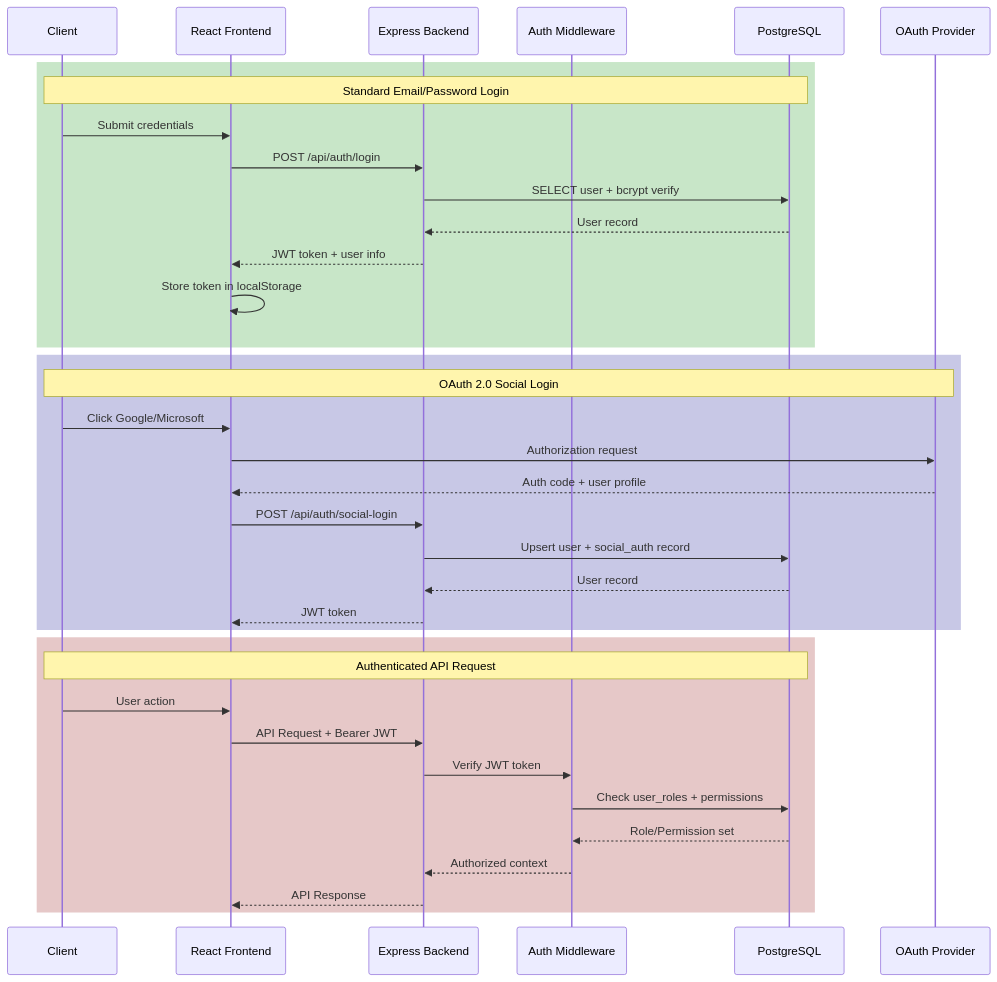
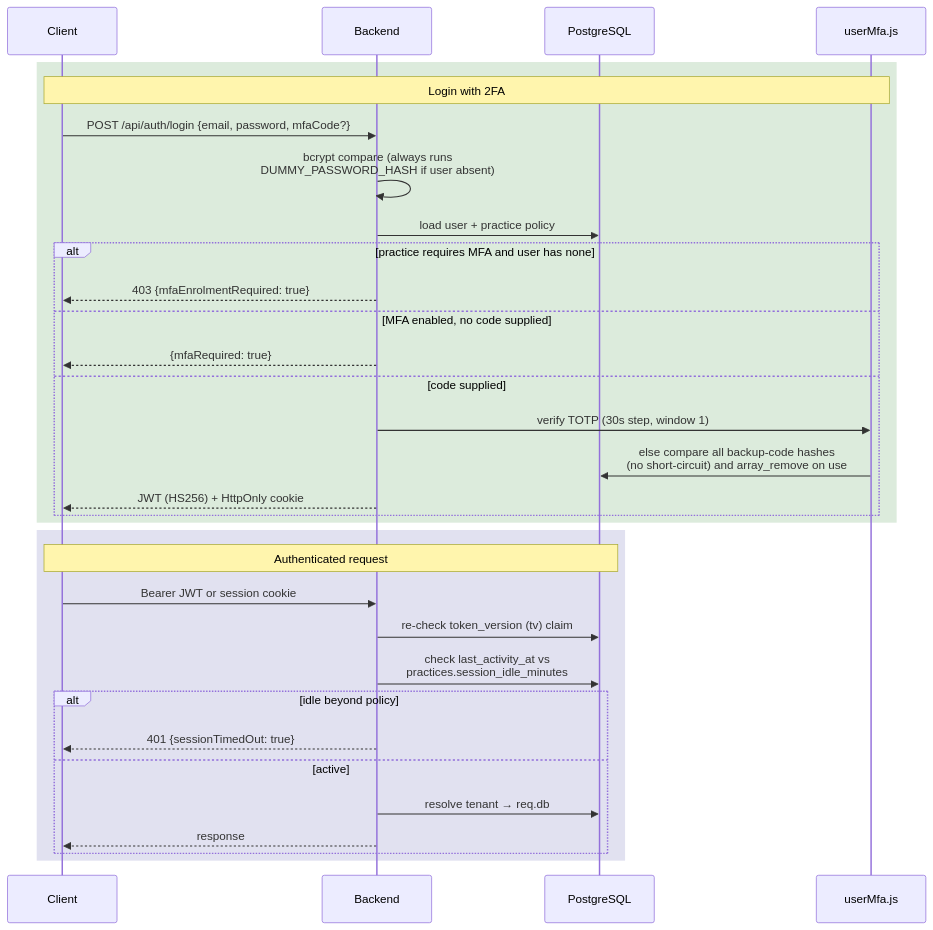
The ninth of 19 diagrams in ARCHITECTURE_DIAGRAM.md (rajbizchannels/AureonCare), drawn with Mermaid before and after one commit. The commit also changed other lines of this file, not shown here.

First line of the commit message:
Update the architecture diagram to match the code as it stands

````diff
--- a/ARCHITECTURE_DIAGRAM.md
+++ b/ARCHITECTURE_DIAGRAM.md
@@ -420,41 +401,36 @@
 ```mermaid
 sequenceDiagram
     participant C as Client
-    participant FE as React Frontend
-    participant BE as Express Backend
-    participant AUTH as Auth Middleware
+    participant BE as Backend
     participant DB as PostgreSQL
-    participant OAUTH as OAuth Provider
+    participant MFA as userMfa.js
 
-    rect rgb(200, 230, 200)
-        Note over C,DB: Standard Email/Password Login
-        C->>FE: Submit credentials
-        FE->>BE: POST /api/auth/login
-        BE->>DB: SELECT user + bcrypt verify
-        DB-->>BE: User record
-        BE-->>FE: JWT token + user info
-        FE->>FE: Store token in localStorage
+    rect rgb(220, 235, 220)
+        Note over C,MFA: Login with 2FA
+        C->>BE: POST /api/auth/login {email, password, mfaCode?}
+        BE->>BE: bcrypt compare (always runs<br/>DUMMY_PASSWORD_HASH if user absent)
+        BE->>DB: load user + practice policy
+        alt practice requires MFA and user has none
+            BE-->>C: 403 {mfaEnrolmentRequired: true}
+        else MFA enabled, no code supplied
+            BE-->>C: {mfaRequired: true}
+        else code supplied
+            BE->>MFA: verify TOTP (30s step, window 1)
+            MFA->>DB: else compare all backup-code hashes<br/>(no short-circuit) and array_remove on use
+            BE-->>C: JWT (HS256) + HttpOnly cookie
+        end
     end
 
-    rect rgb(200, 200, 230)
-        Note over C,OAUTH: OAuth 2.0 Social Login
-        C->>FE: Click Google/Microsoft
-        FE->>OAUTH: Authorization request
-        OAUTH-->>FE: Auth code + user profile
-        FE->>BE: POST /api/auth/social-login
-        BE->>DB: Upsert user + social_auth record
-        DB-->>BE: User record
-        BE-->>FE: JWT token
-    end
-
-    rect rgb(230, 200, 200)
-        Note over C,DB: Authenticated API Request
-        C->>FE: User action
-        FE->>BE: API Request + Bearer JWT
-        BE->>AUTH: Verify JWT token
-        AUTH->>DB: Check user_roles + permissions
-        DB-->>AUTH: Role/Permission set
-        AUTH-->>BE: Authorized context
-        BE-->>FE: API Response
+    rect rgb(225, 225, 240)
+        Note over C,DB: Authenticated request
+        C->>BE: Bearer JWT or session cookie
+        BE->>DB: re-check token_version (tv) claim
+        BE->>DB: check last_activity_at vs<br/>practices.session_idle_minutes
+        alt idle beyond policy
+            BE-->>C: 401 {sessionTimedOut: true}
+        else active
+            BE->>DB: resolve tenant → req.db
+            BE-->>C: response
+        end
     end
 ```
````
